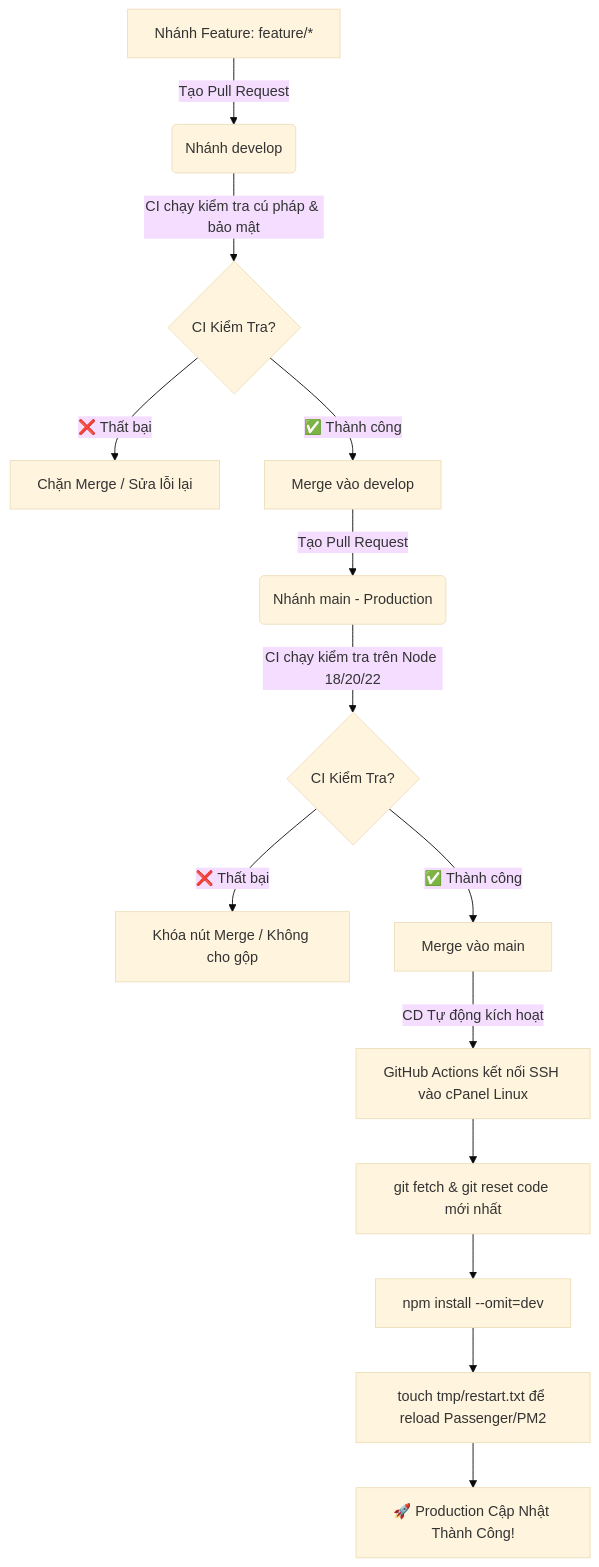
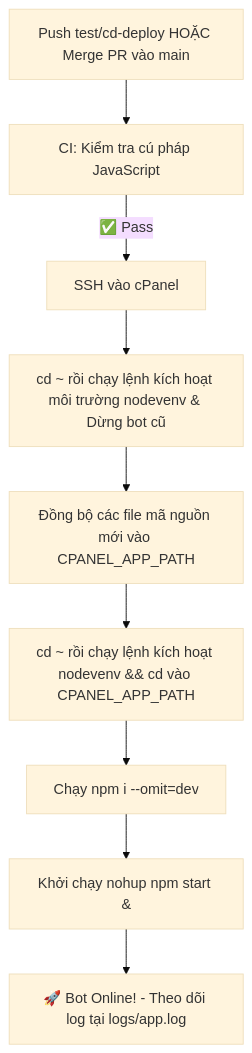
Before and after one commit to hoangbmt023/hoangnek_bot_discord: the diagram in docs/CICD_GUIDE.md, drawn with Mermaid (base theme). The commit also changed other lines of this file and 4 other files, not shown here.

First line of the commit message:
ci(deploy): thiết lập pipeline CI/CD tự động deploy lên cPanel qua SSH (#4)

````diff
--- a/docs/CICD_GUIDE.md
+++ b/docs/CICD_GUIDE.md
@@ -9,18 +32,11 @@
 ```mermaid
-graph TD
-    A[Nhánh Feature: feature/*] -->|Tạo Pull Request| B(Nhánh develop)
-    B -->|CI chạy kiểm tra cú pháp & bảo mật| C{CI Kiểm Tra?}
-    C -->|❌ Thất bại| D[Chặn Merge / Sửa lỗi lại]
-    C -->|✅ Thành công| E[Merge vào develop]
-    
-    E -->|Tạo Pull Request| F(Nhánh main - Production)
-    F -->|CI chạy kiểm tra trên Node 18/20/22| G{CI Kiểm Tra?}
-    G -->|❌ Thất bại| H[Khóa nút Merge / Không cho gộp]
-    G -->|✅ Thành công| I[Merge vào main]
-    
-    I -->|CD Tự động kích hoạt| J[GitHub Actions kết nối SSH vào cPanel Linux]
-    J --> K[git fetch & git reset code mới nhất]
-    K --> L[npm install --omit=dev]
-    L --> M[touch tmp/restart.txt để reload Passenger/PM2]
-    M --> N[🚀 Production Cập Nhật Thành Công!]
+flowchart TD
+    A[Push test/cd-deploy HOẶC Merge PR vào main] --> B[CI: Kiểm tra cú pháp JavaScript]
+    B -->|✅ Pass| C[SSH vào cPanel]
+    C --> D[cd ~ rồi chạy lệnh kích hoạt môi trường nodevenv & Dừng bot cũ]
+    D --> E[Đồng bộ các file mã nguồn mới vào CPANEL_APP_PATH]
+    E --> F[cd ~ rồi chạy lệnh kích hoạt nodevenv && cd vào CPANEL_APP_PATH]
+    F --> G[Chạy npm i --omit=dev]
+    G --> H[Khởi chạy nohup npm start &]
+    H --> I[🚀 Bot Online! - Theo dõi log tại logs/app.log]
 ```
````
